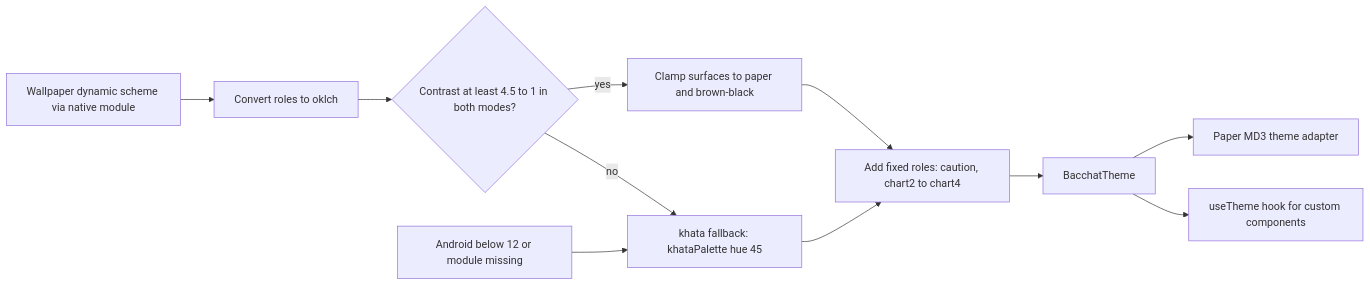
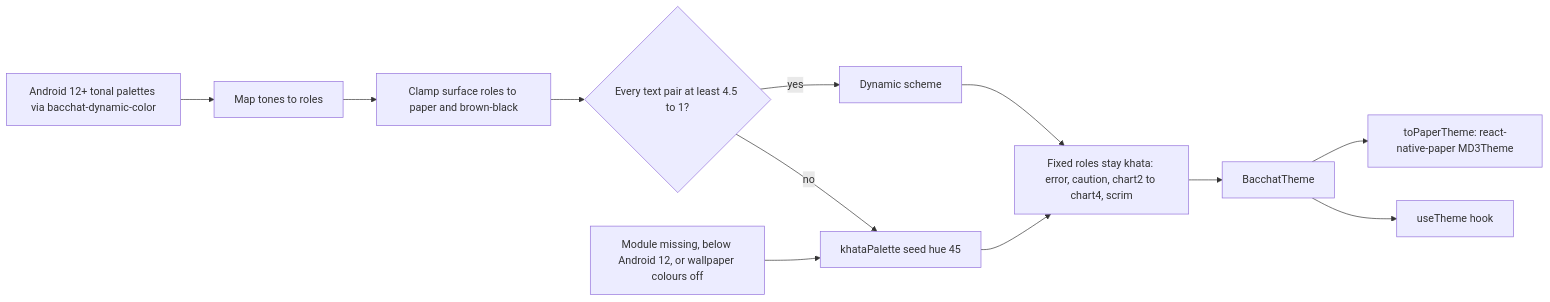
The third of 17 diagrams in docs/architecture.md (Aditya-Jyoti/bacchat), drawn with Mermaid before and after one commit. The commit also changed other lines of this file and 52 other files, not shown here.

````diff
--- a/docs/architecture.md
+++ b/docs/architecture.md
@@ -49,13 +65,14 @@
 ```mermaid
 flowchart LR
-    A[Wallpaper dynamic scheme via native module] --> B[Convert roles to oklch]
-    B --> C{Contrast at least 4.5 to 1 in both modes?}
-    C -->|yes| D[Clamp surfaces to paper and brown-black]
-    C -->|no| F[khata fallback: khataPalette hue 45]
-    E[Android below 12 or module missing] --> F
-    D --> G[Add fixed roles: caution, chart2 to chart4]
+    A[Android 12+ tonal palettes via bacchat-dynamic-color] --> B[Map tones to roles]
+    B --> C[Clamp surface roles to paper and brown-black]
+    C --> D{Every text pair at least 4.5 to 1?}
+    D -->|yes| E[Dynamic scheme]
+    D -->|no| F[khataPalette seed hue 45]
+    X[Module missing, below Android 12, or wallpaper colours off] --> F
+    E --> G[Fixed roles stay khata: error, caution, chart2 to chart4, scrim]
     F --> G
     G --> H[BacchatTheme]
-    H --> I[Paper MD3 theme adapter]
-    H --> J[useTheme hook for custom components]
+    H --> I[toPaperTheme: react-native-paper MD3Theme]
+    H --> J[useTheme hook]
 ```
````
